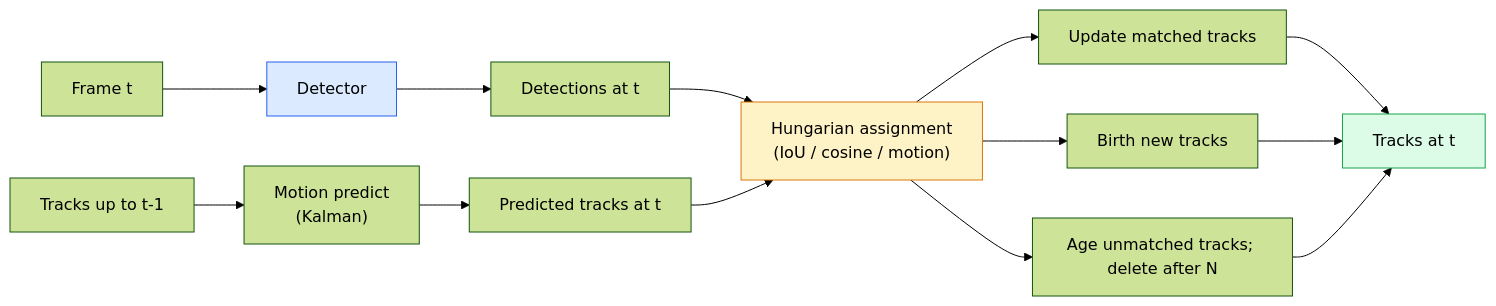
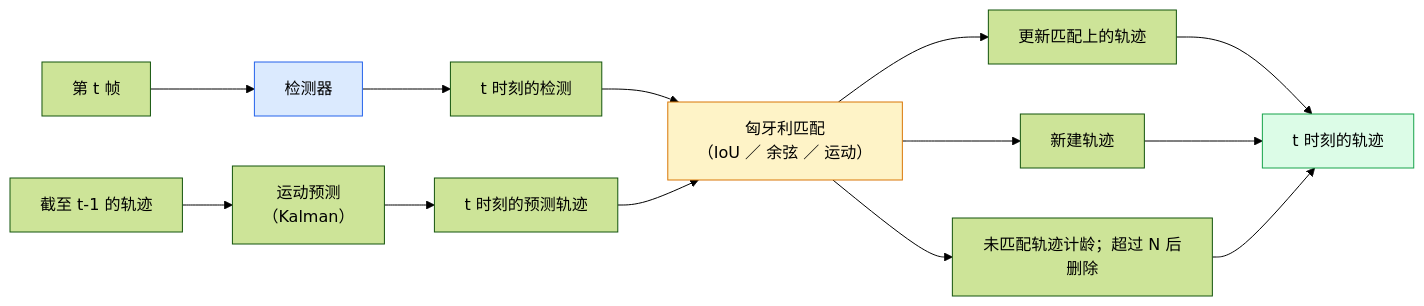
The diagram in phases/04-computer-vision/27-multi-object-tracking/docs/zh.md (JerryC8080/ai-engineering-from-scratch-zh), drawn with Mermaid (forest theme) before and after one commit. The commit also changed 156 other files, not shown here.

First line of the commit message:
i18n(zh): translate mermaid diagram labels in 157 lesson zh.md

````diff
--- a/phases/04-computer-vision/27-multi-object-tracking/docs/zh.md
+++ b/phases/04-computer-vision/27-multi-object-tracking/docs/zh.md
@@ -31,18 +31,18 @@
 ```mermaid
 flowchart LR
-    F1["Frame t"] --> DET["Detector"] --> D1["Detections at t"]
-    PREV["Tracks up to t-1"] --> PREDICT["Motion predict<br/>(Kalman)"]
-    PREDICT --> PRED["Predicted tracks at t"]
-    D1 --> ASSOC["Hungarian assignment<br/>(IoU / cosine / motion)"]
+    F1["第 t 帧"] --> DET["检测器"] --> D1["t 时刻的检测"]
+    PREV["截至 t-1 的轨迹"] --> PREDICT["运动预测<br/>（Kalman）"]
+    PREDICT --> PRED["t 时刻的预测轨迹"]
+    D1 --> ASSOC["匈牙利匹配<br/>（IoU ／ 余弦 ／ 运动）"]
     PRED --> ASSOC
-    ASSOC --> UPDATE["Update matched tracks"]
-    ASSOC --> NEW["Birth new tracks"]
-    ASSOC --> DEAD["Age unmatched tracks; delete after N"]
-    UPDATE --> NEXT["Tracks at t"]
+    ASSOC --> UPDATE["更新匹配上的轨迹"]
+    ASSOC --> NEW["新建轨迹"]
+    ASSOC --> DEAD["未匹配轨迹计龄；超过 N 后删除"]
+    UPDATE --> NEXT["t 时刻的轨迹"]
     NEW --> NEXT
     DEAD --> NEXT
 
     style DET fill:#dbeafe,stroke:#2563eb
     style ASSOC fill:#fef3c7,stroke:#d97706
     style NEXT fill:#dcfce7,stroke:#16a34a
 ```
````
